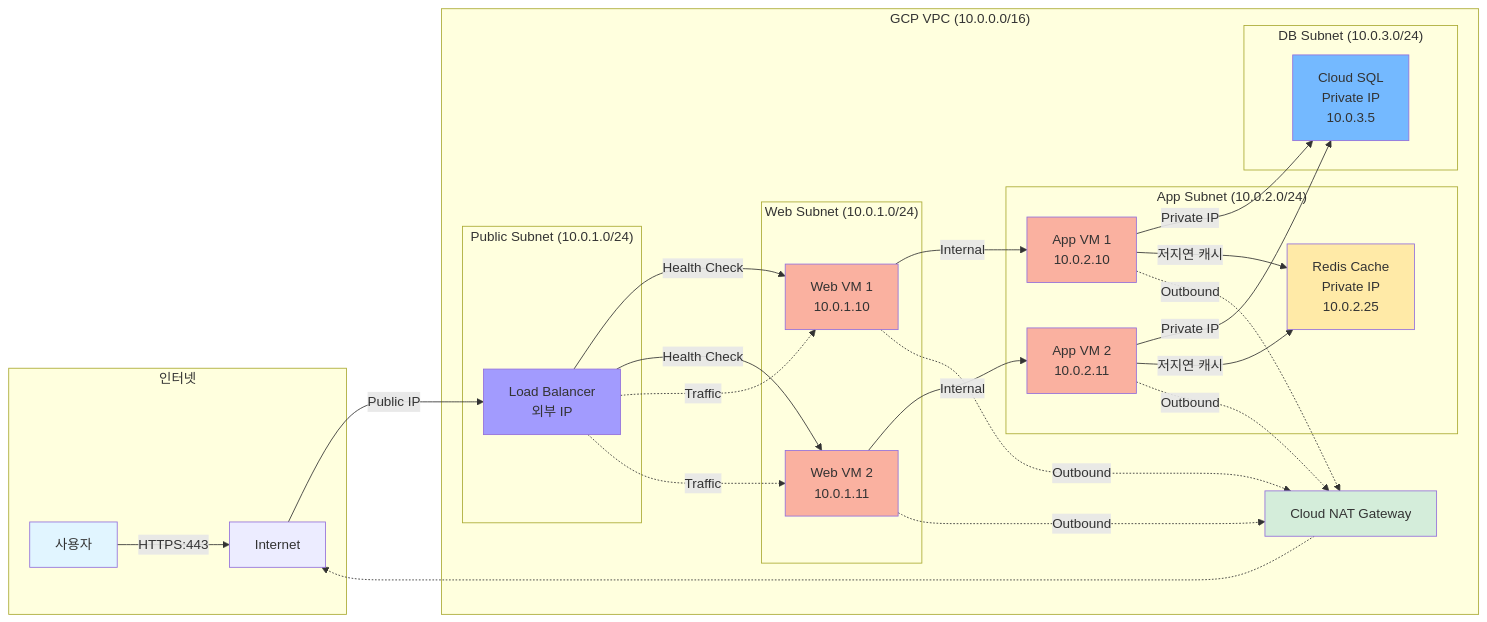
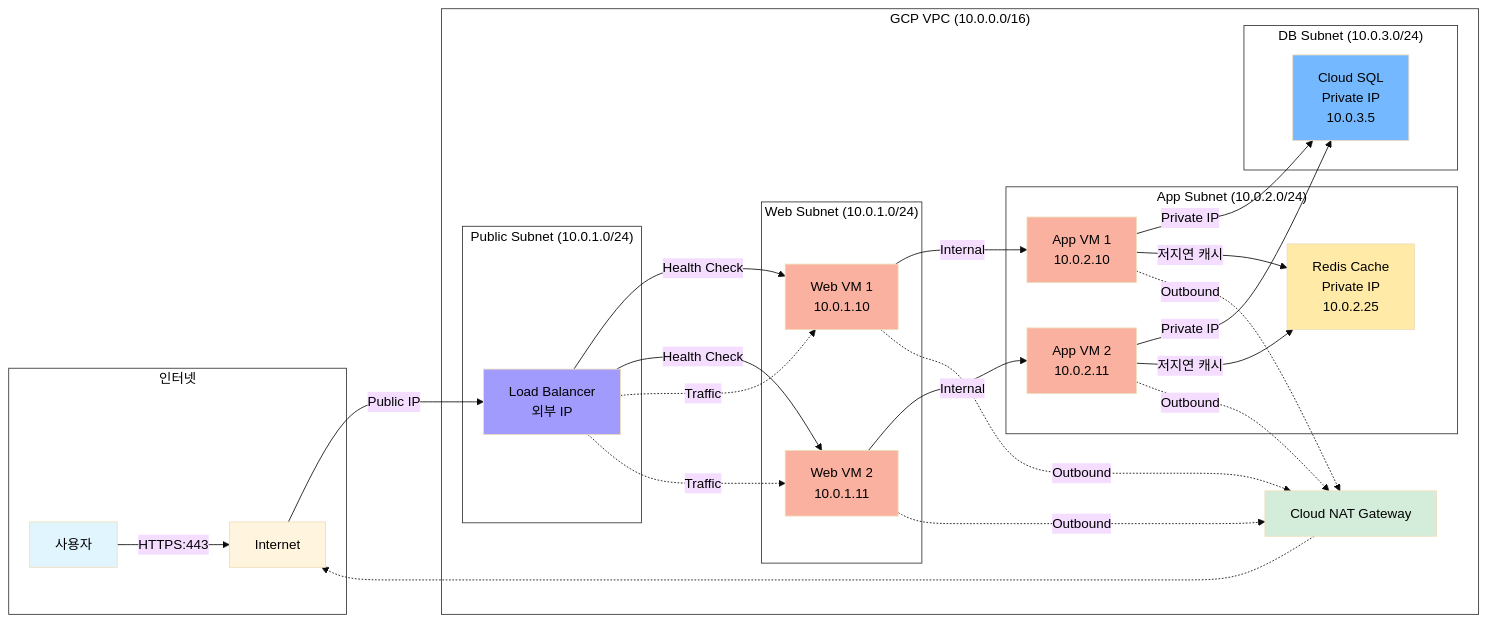
The sixth of 9 diagrams in terraform_gcp_infra/docs/architecture/diagrams.md (JSJ2337/GCP_terraform_code), drawn with Mermaid before and after one commit. The commit also changed other lines of this file and 5 other files, not shown here.

First line of the commit message:
style: Mermaid 다이어그램 제목 가독성 개선

````diff
--- a/terraform_gcp_infra/docs/architecture/diagrams.md
+++ b/terraform_gcp_infra/docs/architecture/diagrams.md
@@ -363,61 +383,68 @@
 ```mermaid
+%%{init: {'theme': 'base', 'themeVariables': { 'primaryTextColor': '#000000', 'clusterBkg': '#ffffff', 'clusterBorder': '#333333' }}}%%
 graph LR
-    subgraph "인터넷"
+    subgraph Internet_Zone["인터넷"]
         USER[사용자]
         INTERNET[Internet]
     end
 
-    subgraph "GCP VPC (10.0.0.0/16)"
-        subgraph "Public Subnet (10.0.1.0/24)"
+    subgraph GCP_VPC["GCP VPC (10.0.0.0/16)"]
+        subgraph Public_Subnet["Public Subnet (10.0.1.0/24)"]
             LB[Load Balancer<br/>외부 IP]
         end
 
-        subgraph "Web Subnet (10.0.1.0/24)"
+        subgraph Web_Subnet["Web Subnet (10.0.1.0/24)"]
             WEB1[Web VM 1<br/>10.0.1.10]
             WEB2[Web VM 2<br/>10.0.1.11]
         end
 
-        subgraph "App Subnet (10.0.2.0/24)"
+        subgraph App_Subnet["App Subnet (10.0.2.0/24)"]
             APP1[App VM 1<br/>10.0.2.10]
             APP2[App VM 2<br/>10.0.2.11]
             CACHE[Redis Cache<br/>Private IP<br/>10.0.2.25]
         end
 
-        subgraph "DB Subnet (10.0.3.0/24)"
+        subgraph DB_Subnet["DB Subnet (10.0.3.0/24)"]
             DB[Cloud SQL<br/>Private IP<br/>10.0.3.5]
         end
 
         NAT_GW[Cloud NAT Gateway]
     end
 
     USER -->|HTTPS:443| INTERNET
     INTERNET -->|Public IP| LB
     LB -->|Health Check| WEB1
     LB -->|Health Check| WEB2
     LB -.Traffic.-> WEB1
     LB -.Traffic.-> WEB2
 
     WEB1 -->|Internal| APP1
     WEB2 -->|Internal| APP2
 
     APP1 -->|Private IP| DB
     APP2 -->|Private IP| DB
     APP1 -->|저지연 캐시| CACHE
     APP2 -->|저지연 캐시| CACHE
 
     WEB1 -.Outbound.-> NAT_GW
     WEB2 -.Outbound.-> NAT_GW
     APP1 -.Outbound.-> NAT_GW
     APP2 -.Outbound.-> NAT_GW
     NAT_GW -.-> INTERNET
 
+    style Internet_Zone fill:#ffffff,color:#000000
+    style GCP_VPC fill:#ffffff,color:#000000
+    style Public_Subnet fill:#ffffff,color:#000000
+    style Web_Subnet fill:#ffffff,color:#000000
+    style App_Subnet fill:#ffffff,color:#000000
+    style DB_Subnet fill:#ffffff,color:#000000
     style LB fill:#a29bfe
     style WEB1 fill:#fab1a0
     style WEB2 fill:#fab1a0
     style APP1 fill:#fab1a0
     style APP2 fill:#fab1a0
     style CACHE fill:#ffeaa7
     style DB fill:#74b9ff
     style NAT_GW fill:#d4edda
     style USER fill:#e1f5ff
 ```
````
